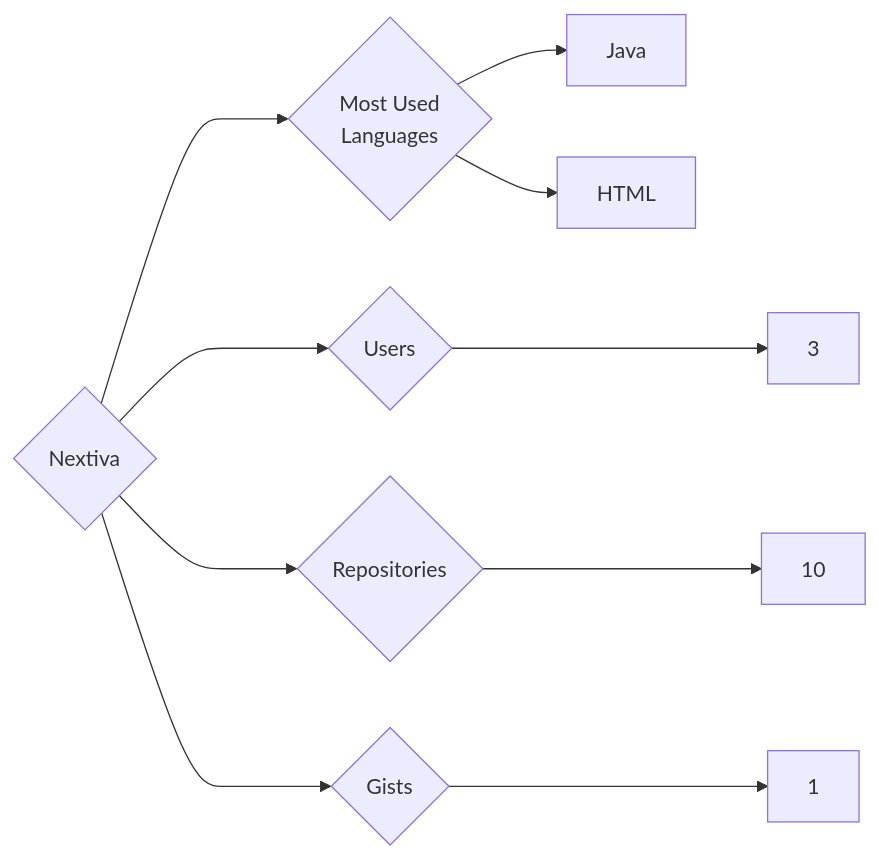
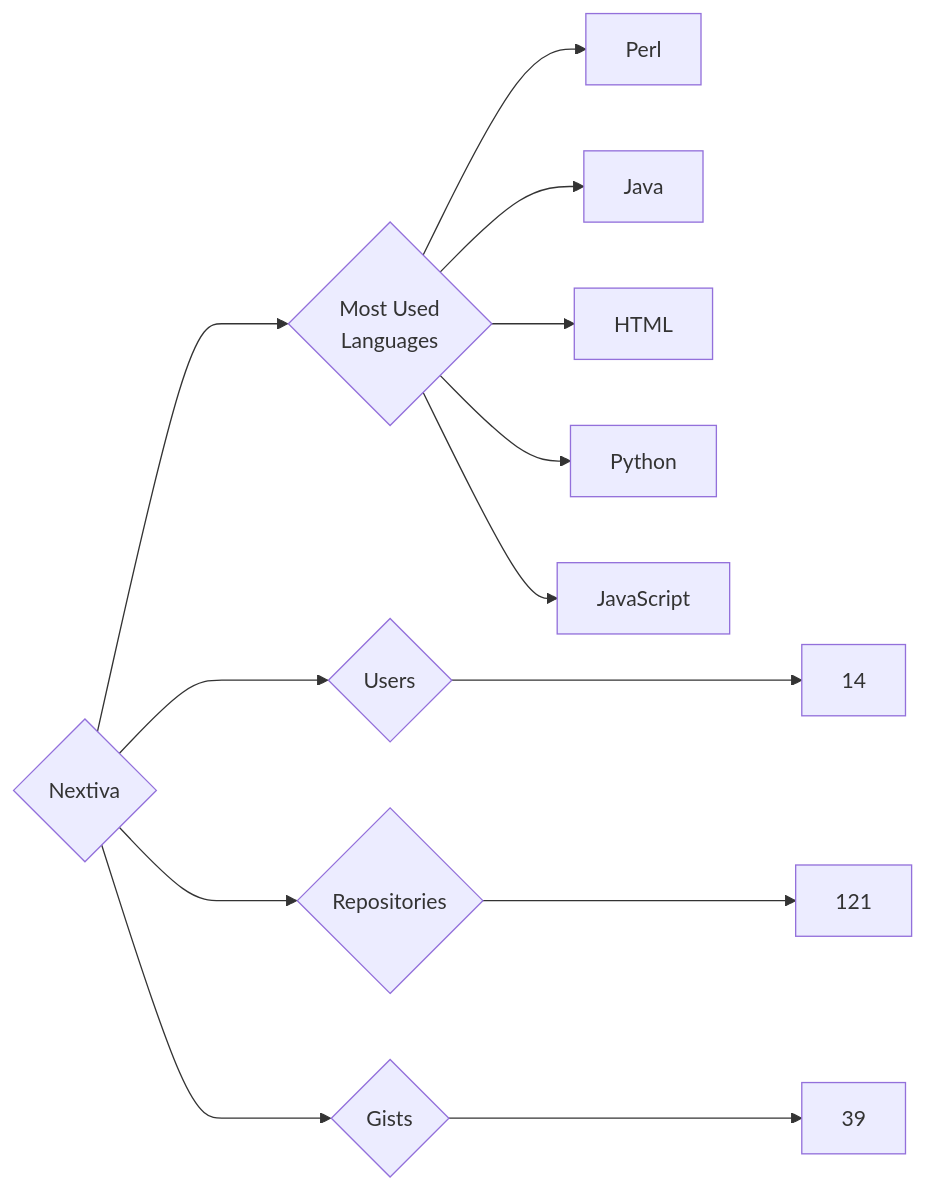
One commit to trickest/insiders changed the diagram in targets/Nextiva/README.md. Above: the diagram before and after it, drawn with Mermaid. The commit also changed 1696 other files, not shown here.

````diff
--- a/targets/Nextiva/README.md
+++ b/targets/Nextiva/README.md
@@ -3,10 +3,13 @@
 ```mermaid
 graph LR
 COMPANY_NAME{Nextiva}
-COMPANY_NAME ---> U{Users} ---> UN[3]
-COMPANY_NAME ---> R{Repositories} ---> RN[10]
-COMPANY_NAME ---> G{Gists} ---> GN[1]
+COMPANY_NAME ---> U{Users} ---> UN[14]
+COMPANY_NAME ---> R{Repositories} ---> RN[121]
+COMPANY_NAME ---> G{Gists} ---> GN[39]
 COMPANY_NAME ---> ML{Most Used<br>Languages}
+ML --> Perl[Perl]
 ML --> Java[Java]
 ML --> HTML[HTML]
+ML --> Python[Python]
+ML --> JavaScript[JavaScript]
 ```
````
